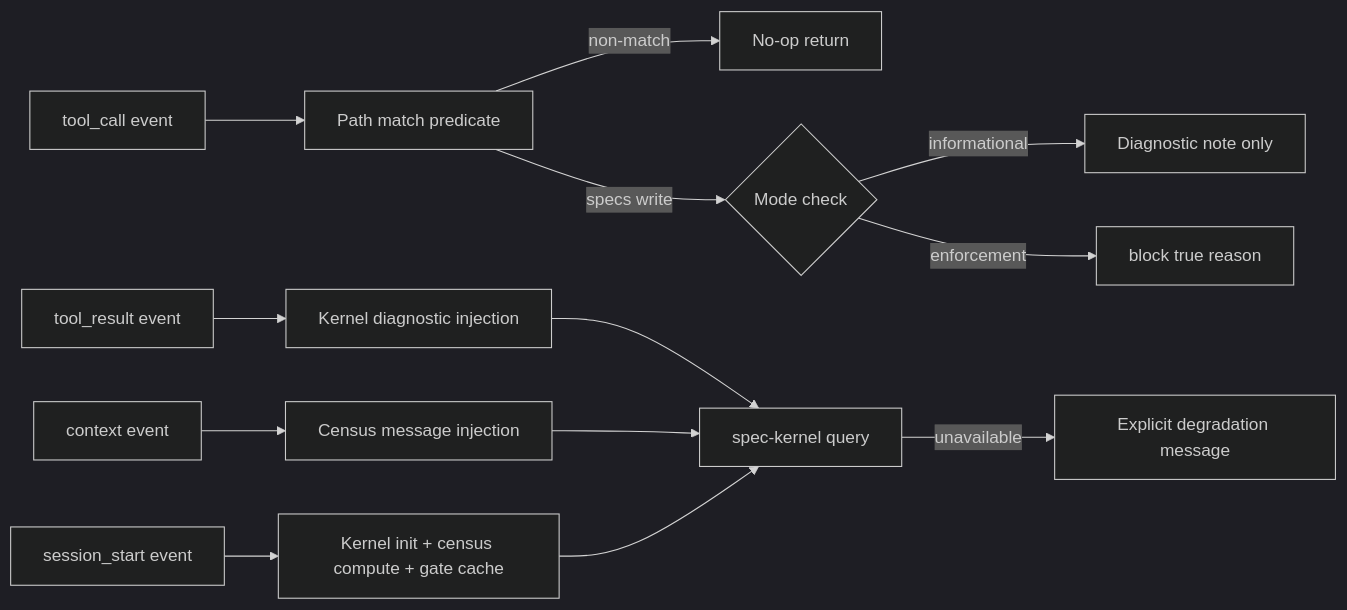
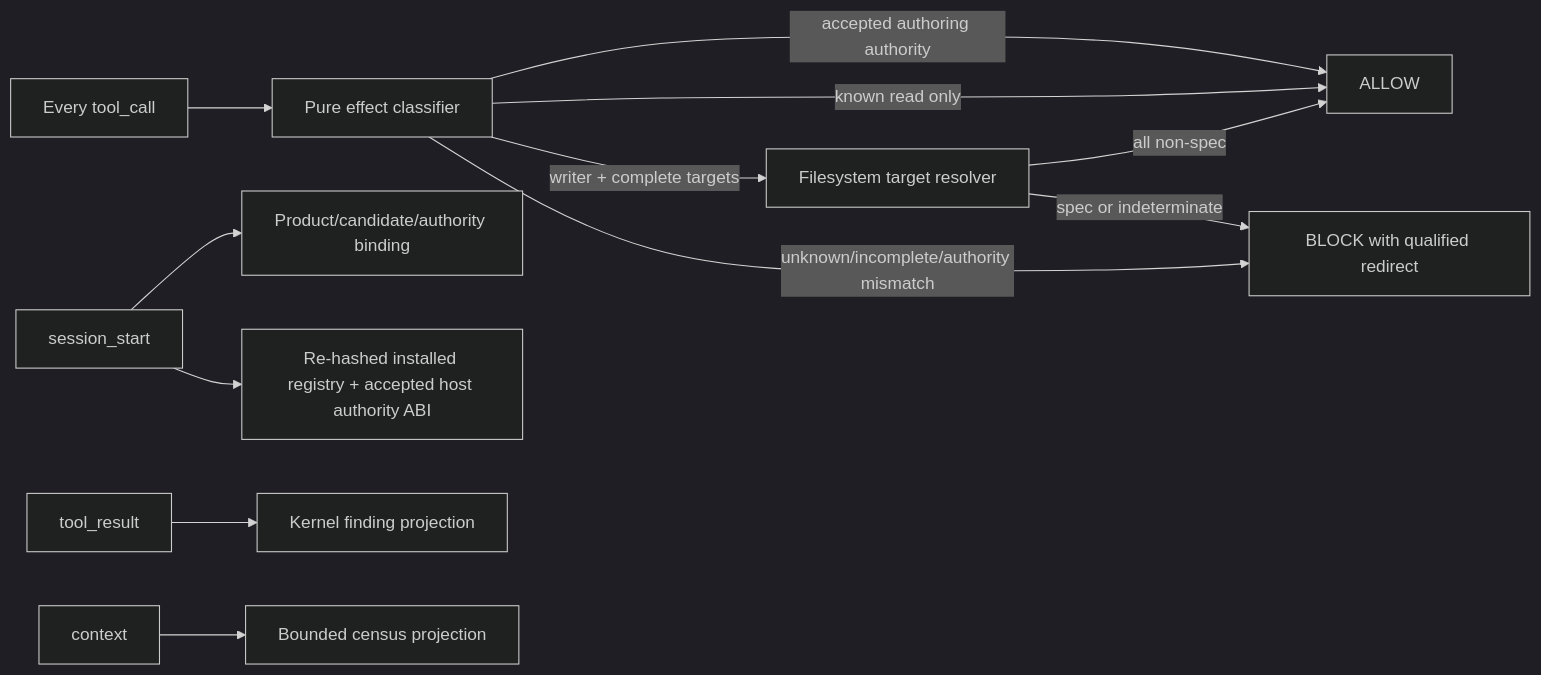
Before and after one commit to stgmt/omp-spec-kit: the diagram in .specs/spec-enforcement/DESIGN.md, drawn with Mermaid (dark theme). The commit also changed other lines of this file and 142 other files, not shown here.

````diff
--- a/.specs/spec-enforcement/DESIGN.md
+++ b/.specs/spec-enforcement/DESIGN.md
@@ -9,15 +11,14 @@
 ```mermaid
 flowchart LR
-  TC[tool_call event] --> Match[Path match predicate]
-  Match -->|non-match| Pass[No-op return]
-  Match -->|specs write| Gate{Mode check}
-  Gate -->|informational| DiagInfo[Diagnostic note only]
-  Gate -->|enforcement| Block[block true reason]
-  TR[tool_result event] --> DiagInject[Kernel diagnostic injection]
-  Ctx[context event] --> CensusInject[Census message injection]
-  SS[session_start event] --> Init[Kernel init + census compute + gate cache]
-  DiagInject --> Kernel[spec-kernel query]
-  CensusInject --> Kernel
-  Init --> Kernel
-  Kernel -->|unavailable| FailHonest[Explicit degradation message]
+  TC[Every tool_call] --> C[Pure effect classifier]
+  C -->|accepted authoring authority| Allow[ALLOW]
+  C -->|known read only| Allow
+  C -->|writer + complete targets| R[Filesystem target resolver]
+  C -->|unknown/incomplete/authority mismatch| Block[BLOCK with qualified redirect]
+  R -->|all non-spec| Allow
+  R -->|spec or indeterminate| Block
+  SS[session_start] --> M[Product/candidate/authority binding]
+  SS --> Reg[Re-hashed installed registry + accepted host authority ABI]
+  TR[tool_result] --> K[Kernel finding projection]
+  CX[context] --> Census[Bounded census projection]
 ```
````
